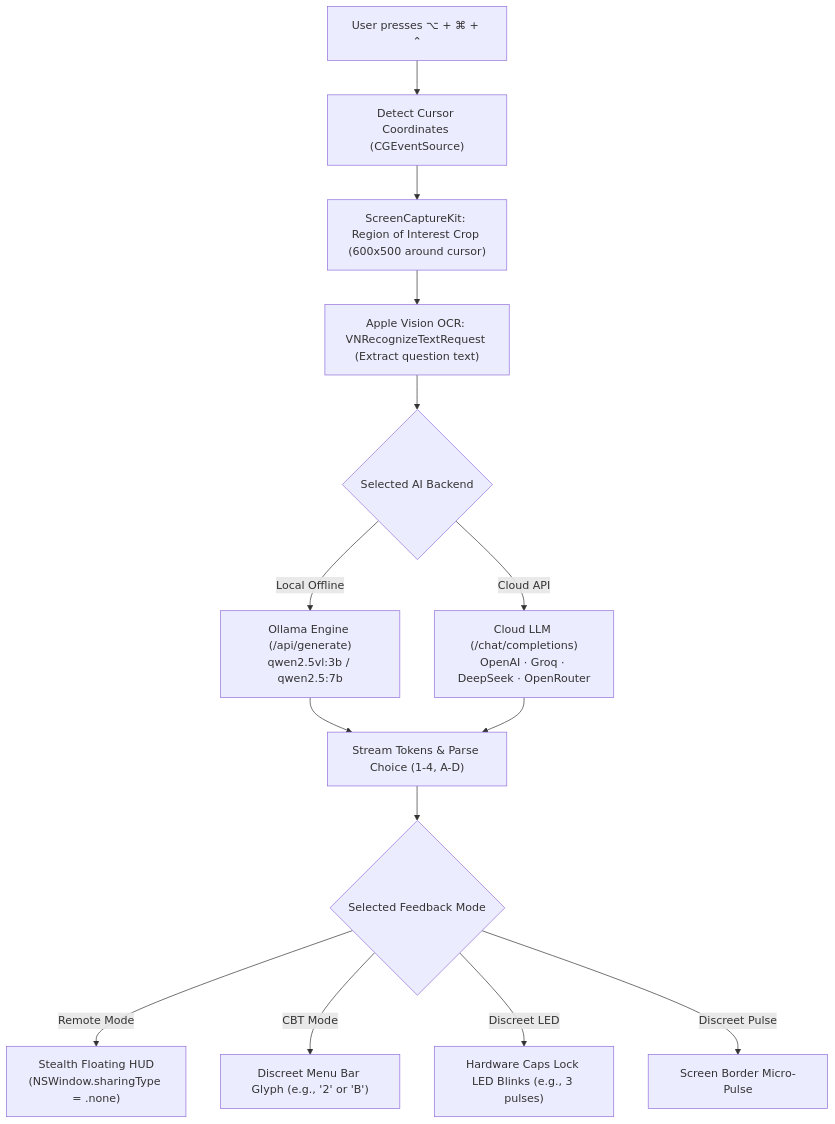
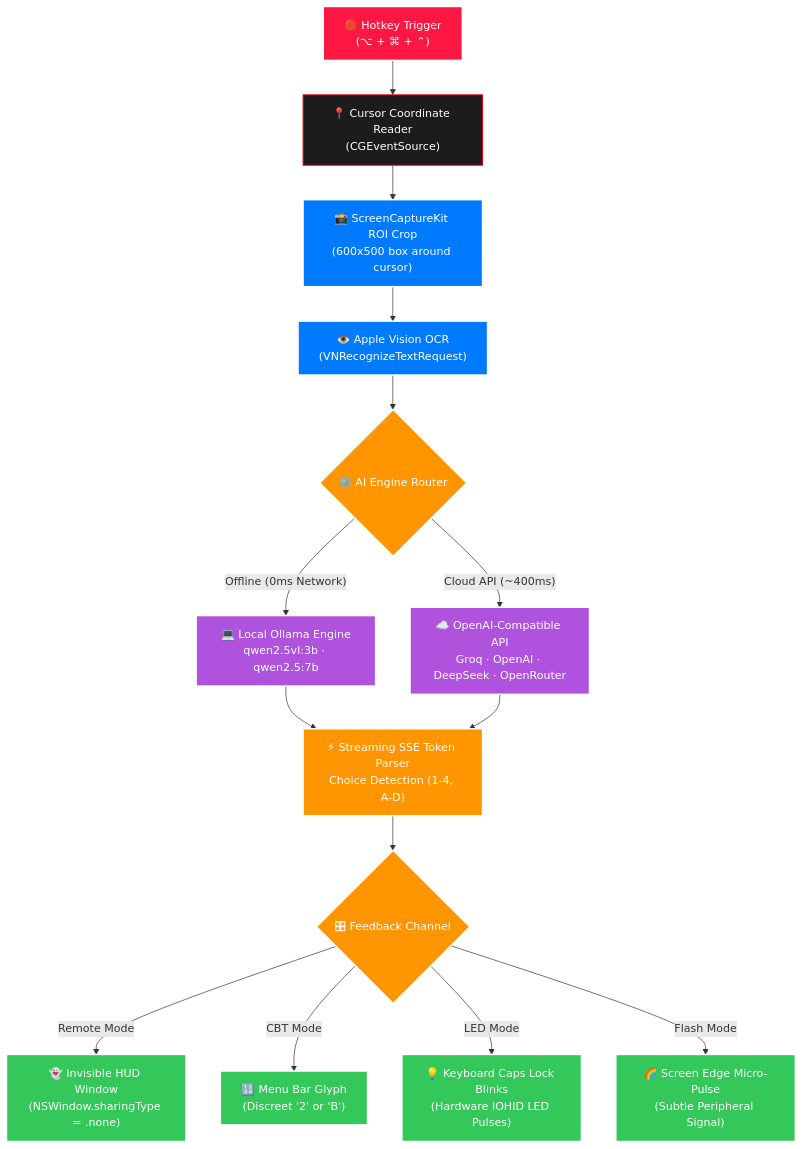
One commit to Naveen57990/nox-whisper-red changed the diagram in README.md. Above: the diagram before and after it, drawn with Mermaid. The commit also changed other lines of this file, not shown here.

Commit message:
docs: elevate README with vibrant badges, colorful tables, and styled architecture diagram

````diff
--- a/README.md
+++ b/README.md
@@ -75,19 +111,27 @@
 ```mermaid
 flowchart TD
-    A["User presses ⌥ + ⌘ + ⌃"] --> B["Detect Cursor Coordinates (CGEventSource)"]
-    B --> C["ScreenCaptureKit: Region of Interest Crop (600x500 around cursor)"]
-    C --> D["Apple Vision OCR: VNRecognizeTextRequest (Extract question text)"]
-    D --> E{"Selected AI Backend"}
+    classDef red fill:#FF1744,stroke:#fff,stroke-width:2px,color:#fff;
+    classDef blue fill:#007AFF,stroke:#fff,stroke-width:2px,color:#fff;
+    classDef purple fill:#AF52DE,stroke:#fff,stroke-width:2px,color:#fff;
+    classDef green fill:#34C759,stroke:#fff,stroke-width:2px,color:#fff;
+    classDef orange fill:#FF9500,stroke:#fff,stroke-width:2px,color:#fff;
+    classDef dark fill:#1C1C1E,stroke:#E50914,stroke-width:1.5px,color:#fff;
+
+    A["🔴 Hotkey Trigger\n(⌥ + ⌘ + ⌃)"]:::red --> B["📍 Cursor Coordinate Reader\n(CGEventSource)"]:::dark
+    B --> C["📸 ScreenCaptureKit ROI Crop\n(600x500 box around cursor)"]:::blue
+    C --> D["👁️ Apple Vision OCR\n(VNRecognizeTextRequest)"]:::blue
     
-    E -->|"Local Offline"| F["Ollama Engine (/api/generate)\nqwen2.5vl:3b / qwen2.5:7b"]
-    E -->|"Cloud API"| G["Cloud LLM (/chat/completions)\nOpenAI · Groq · DeepSeek · OpenRouter"]
+    D --> E{"⚙️ AI Engine Router"}:::orange
     
-    F --> H["Stream Tokens & Parse Choice (1-4, A-D)"]
+    E -->|"Offline (0ms Network)"| F["💻 Local Ollama Engine\nqwen2.5vl:3b · qwen2.5:7b"]:::purple
+    E -->|"Cloud API (~400ms)"| G["☁️ OpenAI-Compatible API\nGroq · OpenAI · DeepSeek · OpenRouter"]:::purple
+    
+    F --> H["⚡ Streaming SSE Token Parser\nChoice Detection (1-4, A-D)"]:::orange
     G --> H
     
-    H --> I{"Selected Feedback Mode"}
-    I -->|"Remote Mode"| J["Stealth Floating HUD\n(NSWindow.sharingType = .none)"]
-    I -->|"CBT Mode"| K["Discreet Menu Bar Glyph (e.g., '2' or 'B')"]
-    I -->|"Discreet LED"| L["Hardware Caps Lock LED Blinks (e.g., 3 pulses)"]
-    I -->|"Discreet Pulse"| M["Screen Border Micro-Pulse"]
+    H --> I{"🎛 Feedback Channel"}:::orange
+    I -->|"Remote Mode"| J["👻 Invisible HUD Window\n(NSWindow.sharingType = .none)"]:::green
+    I -->|"CBT Mode"| K["🔢 Menu Bar Glyph\n(Discreet '2' or 'B')"]:::green
+    I -->|"LED Mode"| L["💡 Keyboard Caps Lock Blinks\n(Hardware IOHID LED Pulses)"]:::green
+    I -->|"Flash Mode"| M["🌈 Screen Edge Micro-Pulse\n(Subtle Peripheral Signal)"]:::green
 ```
````
